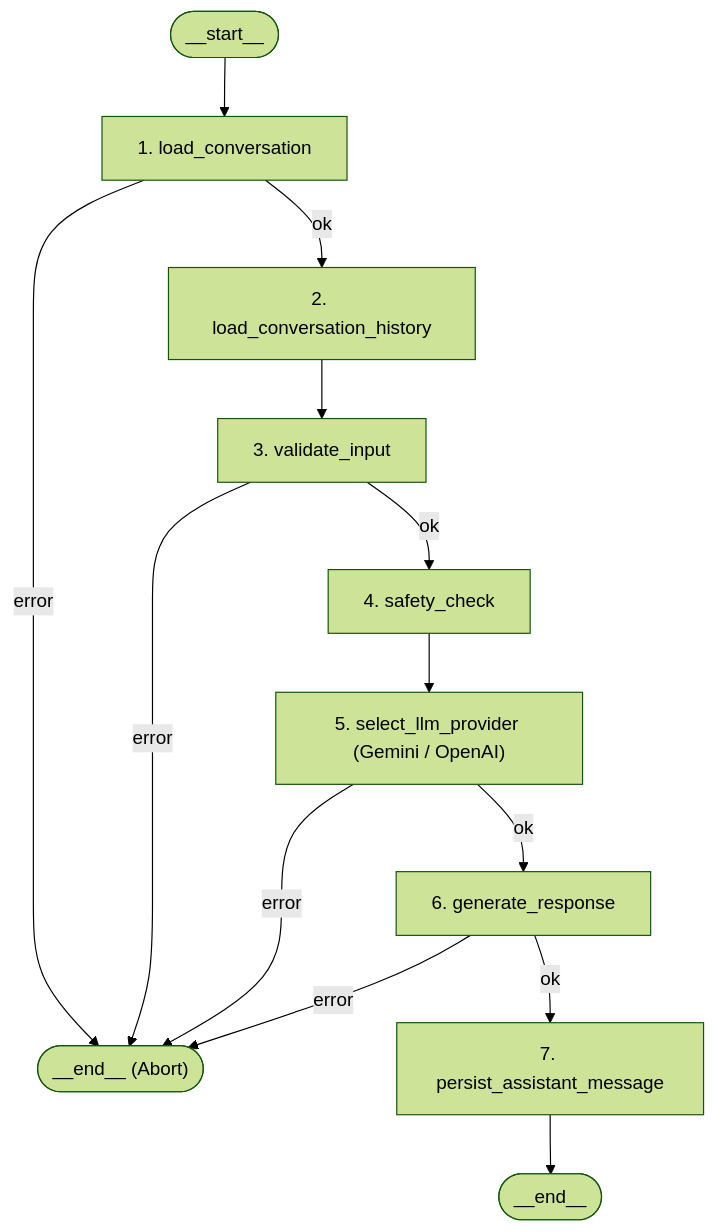
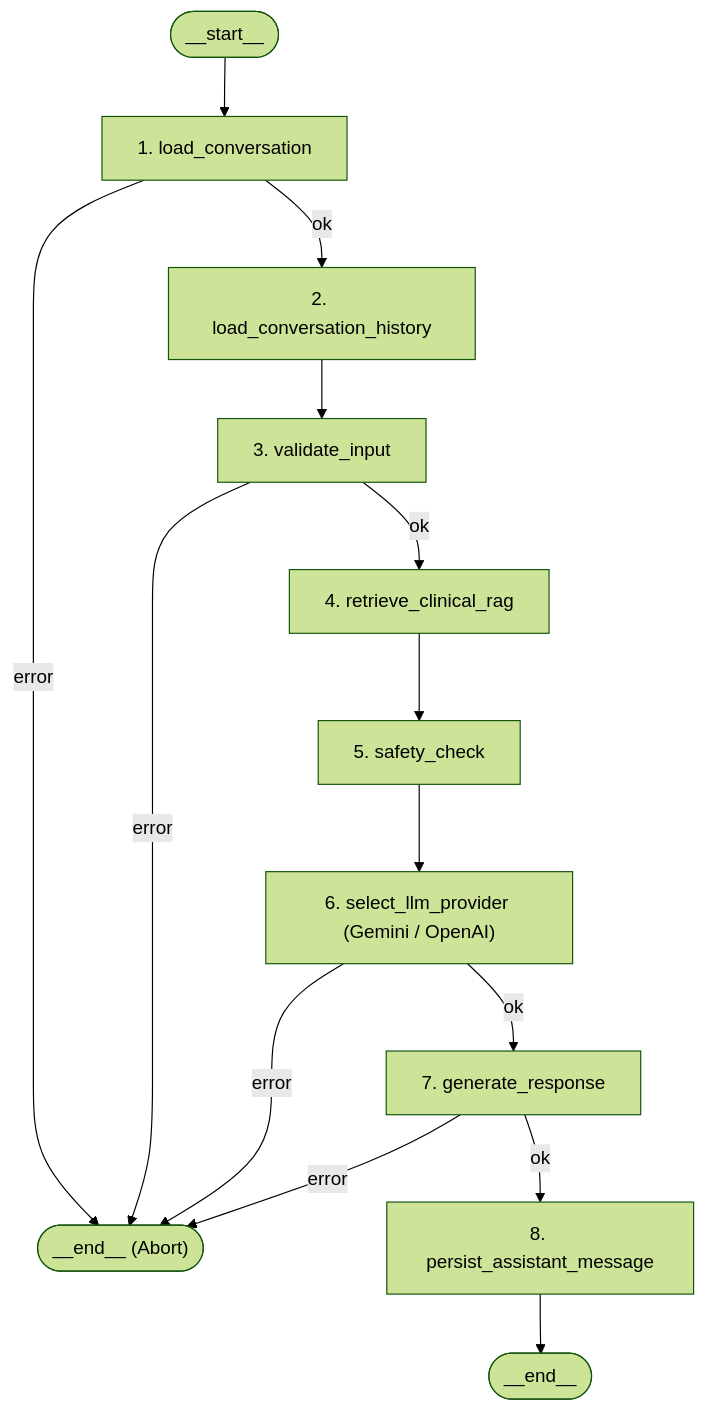
Before and after one commit to marwanviper/ElderCareChatBot: the first of 2 diagrams in docs/LLM_ARCHITECTURE.md, drawn with Mermaid (forest theme). The commit also changed other lines of this file and 37 other files, not shown here.

Commit message:
feat: implement pgvector clinical embeddings and LangGraph RAG retrieval

````diff
--- a/docs/LLM_ARCHITECTURE.md
+++ b/docs/LLM_ARCHITECTURE.md
@@ -20,15 +20,16 @@
 ```mermaid
 flowchart TD
     START(["__start__"]) --> N1["1. load_conversation"]
     N1 -->|ok| N2["2. load_conversation_history"]
     N1 -->|error| END_ERR(["__end__ (Abort)"])
     N2 --> N3["3. validate_input"]
-    N3 -->|ok| N4["4. safety_check"]
+    N3 -->|ok| N4["4. retrieve_clinical_rag"]
     N3 -->|error| END_ERR
-    N4 --> N5["5. select_llm_provider (Gemini / OpenAI)"]
-    N5 -->|ok| N6["6. generate_response"]
-    N5 -->|error| END_ERR
-    N6 -->|ok| N7["7. persist_assistant_message"]
+    N4 --> N5["5. safety_check"]
+    N5 --> N6["6. select_llm_provider (Gemini / OpenAI)"]
+    N6 -->|ok| N7["7. generate_response"]
     N6 -->|error| END_ERR
-    N7 --> END_OK(["__end__"])
+    N7 -->|ok| N8["8. persist_assistant_message"]
+    N7 -->|error| END_ERR
+    N8 --> END_OK(["__end__"])
 ```
````
